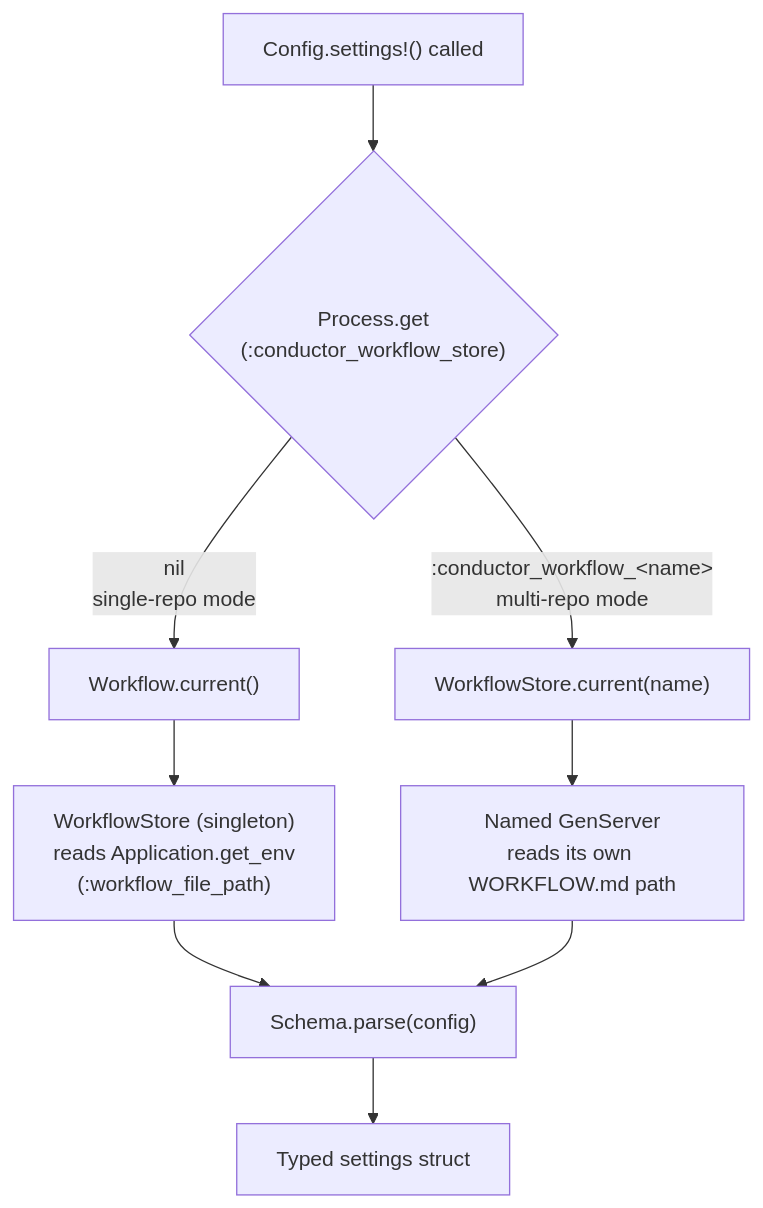
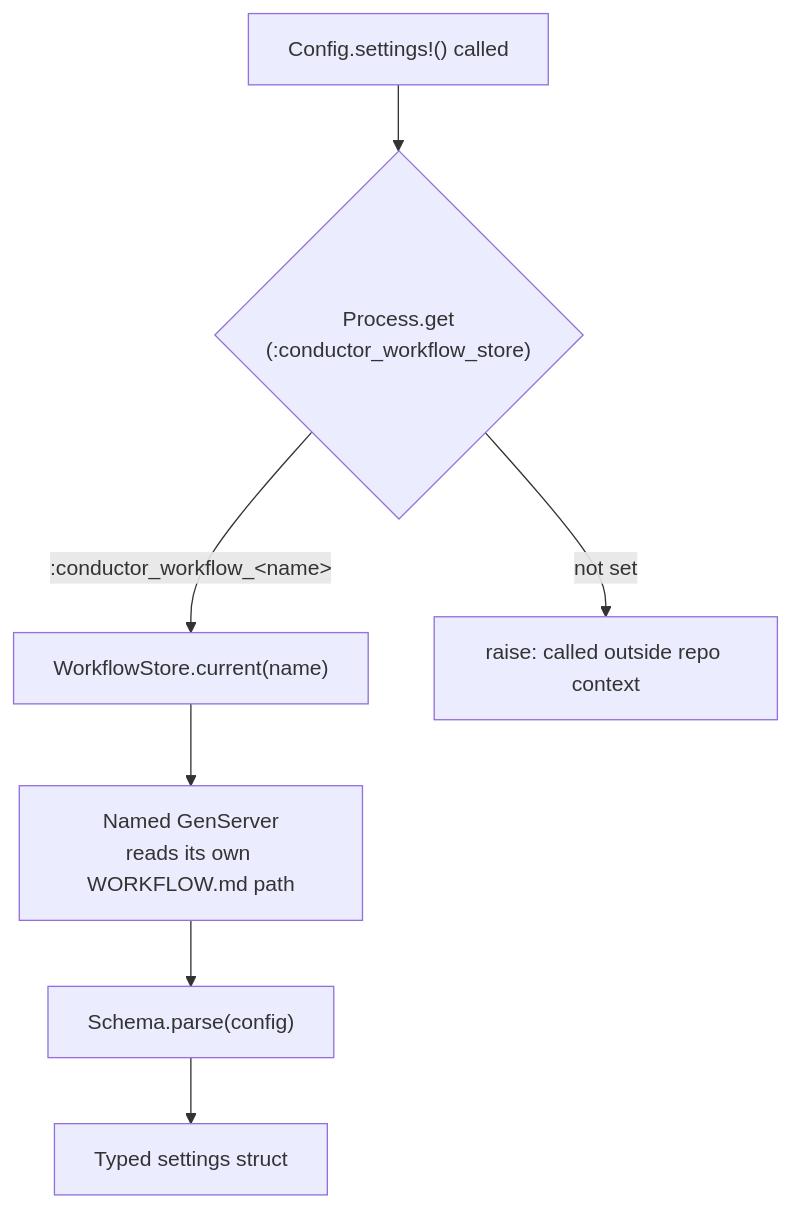
The seventh of 8 diagrams in docs/ARCHITECTURE.md (xmxdeusltd/symphony), drawn with Mermaid before and after one commit. The commit also changed other lines of this file, not shown here.

First line of the commit message:
docs: update architecture diagrams — remove singleton, single path only

````diff
--- a/docs/ARCHITECTURE.md
+++ b/docs/ARCHITECTURE.md
@@ -192,14 +186,12 @@
 ```mermaid
 flowchart TD
     Call["Config.settings!() called"] --> Check{"Process.get<br/>(:conductor_workflow_store)"}
 
-    Check -->|nil<br/>single-repo mode| WC["Workflow.current()"]
-    WC --> WS_Single["WorkflowStore (singleton)<br/>reads Application.get_env<br/>(:workflow_file_path)"]
-
-    Check -->|":conductor_workflow_&lt;name&gt;"<br/>multi-repo mode| WCN["WorkflowStore.current(name)"]
+    Check -->|":conductor_workflow_&lt;name&gt;"| WCN["WorkflowStore.current(name)"]
     WCN --> WS_Named["Named GenServer<br/>reads its own WORKFLOW.md path"]
 
-    WS_Single --> Parse["Schema.parse(config)"]
-    WS_Named --> Parse
+    Check -->|not set| Error["raise: called outside repo context"]
+
+    WS_Named --> Parse["Schema.parse(config)"]
     Parse --> Settings["Typed settings struct"]
 ```
````
